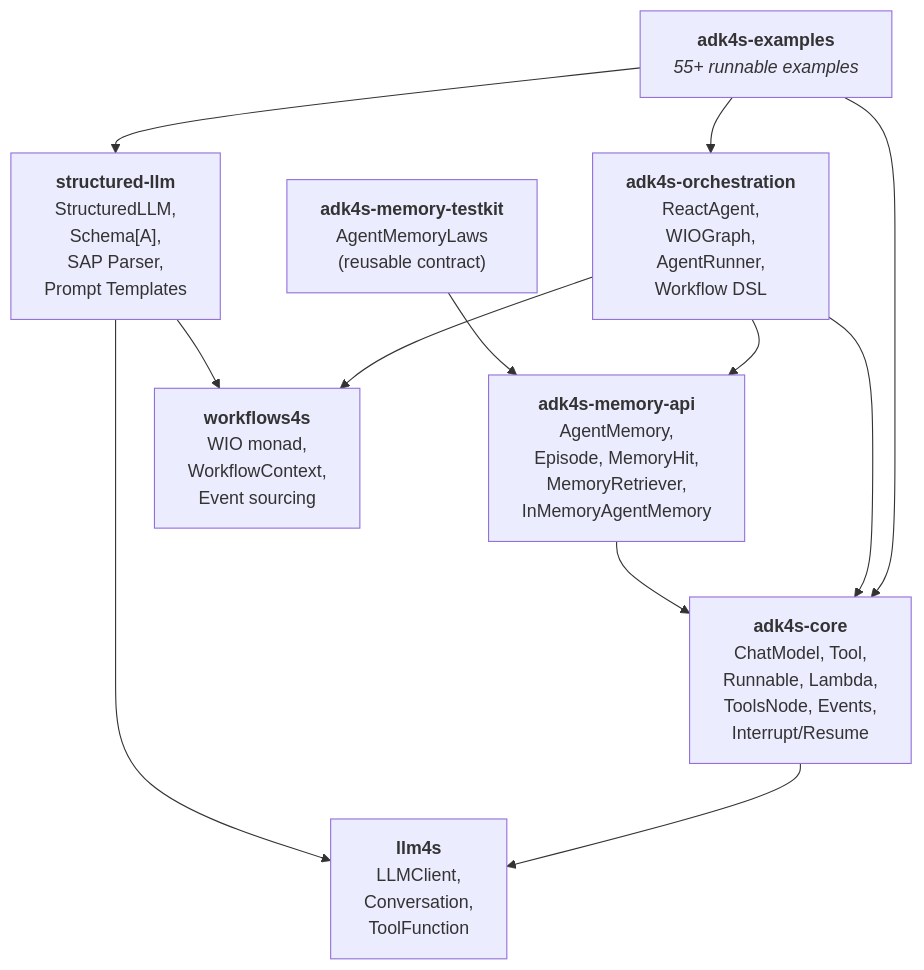
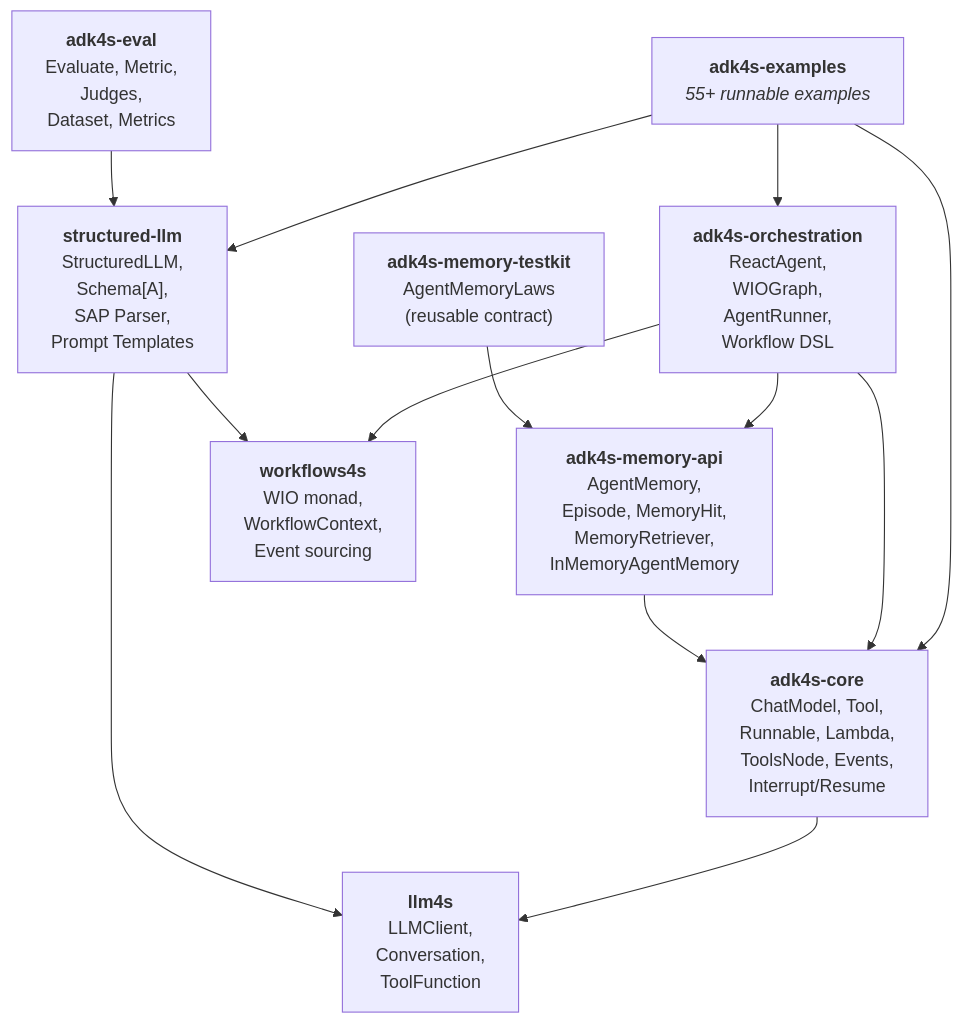
The diagram in README.MD (gruggiero/Adk4s), drawn with Mermaid before and after one commit. The commit also changed other lines of this file, not shown here.

First line of the commit message:
docs: add adk4s-eval module to README

````diff
--- a/README.MD
+++ b/README.MD
@@ -7,26 +7,28 @@
 ```mermaid
 graph TD
     examples["<b>adk4s-examples</b><br/><i>55+ runnable examples</i>"]
 
     core["<b>adk4s-core</b><br/>ChatModel, Tool,<br/>Runnable, Lambda,<br/>ToolsNode, Events,<br/>Interrupt/Resume"]
     orchestration["<b>adk4s-orchestration</b><br/>ReactAgent,<br/>WIOGraph,<br/>AgentRunner,<br/>Workflow DSL"]
     structured["<b>structured-llm</b><br/>StructuredLLM,<br/>Schema[A],<br/>SAP Parser,<br/>Prompt Templates"]
     memoryApi["<b>adk4s-memory-api</b><br/>AgentMemory,<br/>Episode, MemoryHit,<br/>MemoryRetriever,<br/>InMemoryAgentMemory"]
     memoryTestkit["<b>adk4s-memory-testkit</b><br/>AgentMemoryLaws<br/>(reusable contract)"]
+    eval["<b>adk4s-eval</b><br/>Evaluate, Metric,<br/>Judges,<br/>Dataset, Metrics"]
 
     llm4s["<b>llm4s</b><br/>LLMClient,<br/>Conversation,<br/>ToolFunction"]
     workflows4s["<b>workflows4s</b><br/>WIO monad,<br/>WorkflowContext,<br/>Event sourcing"]
 
     examples --> core
     examples --> orchestration
     examples --> structured
 
     core --> llm4s
     orchestration --> core
     orchestration --> workflows4s
     orchestration --> memoryApi
     structured --> llm4s
     structured --> workflows4s
     memoryApi --> core
     memoryTestkit --> memoryApi
+    eval --> structured
 ```
````
